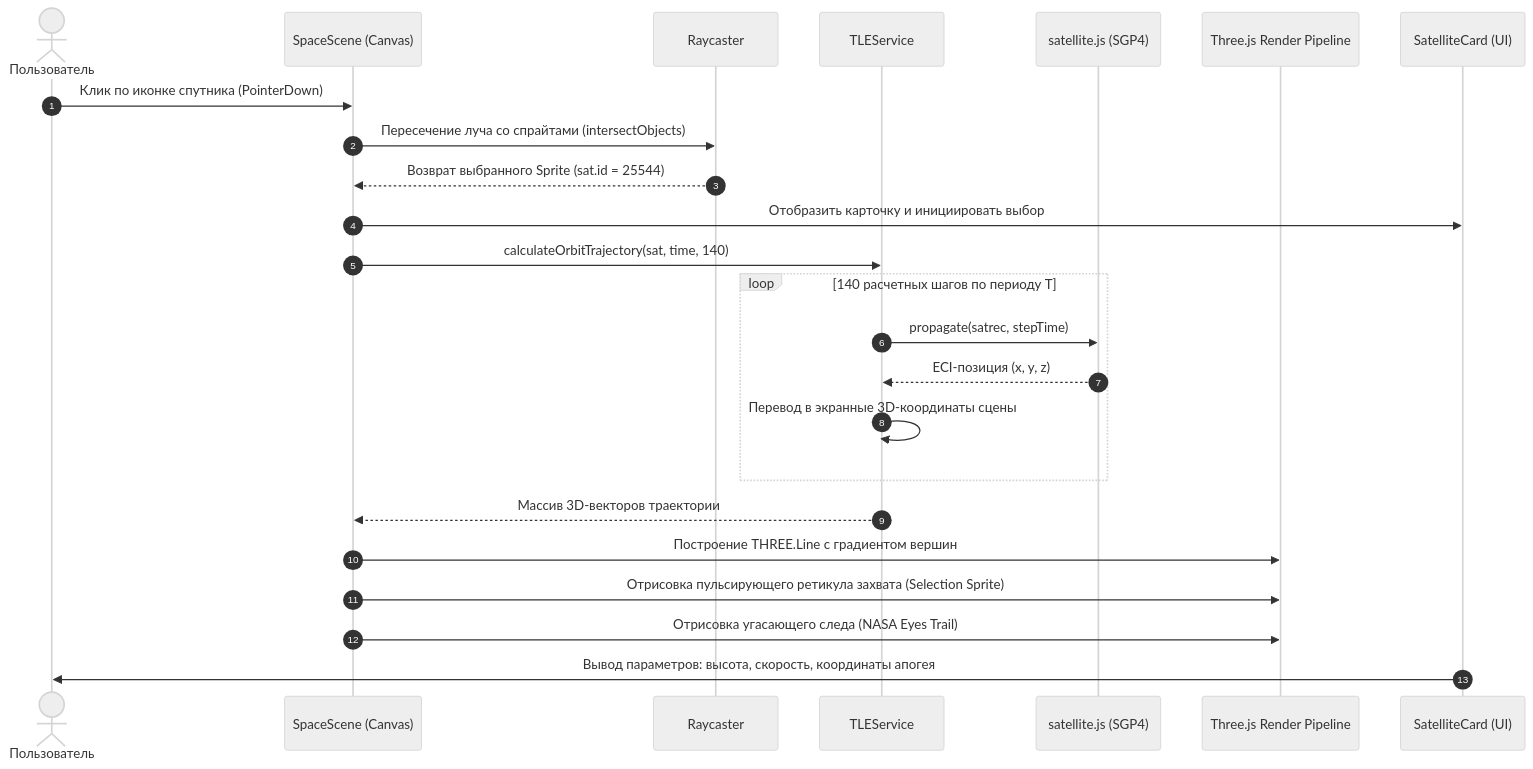
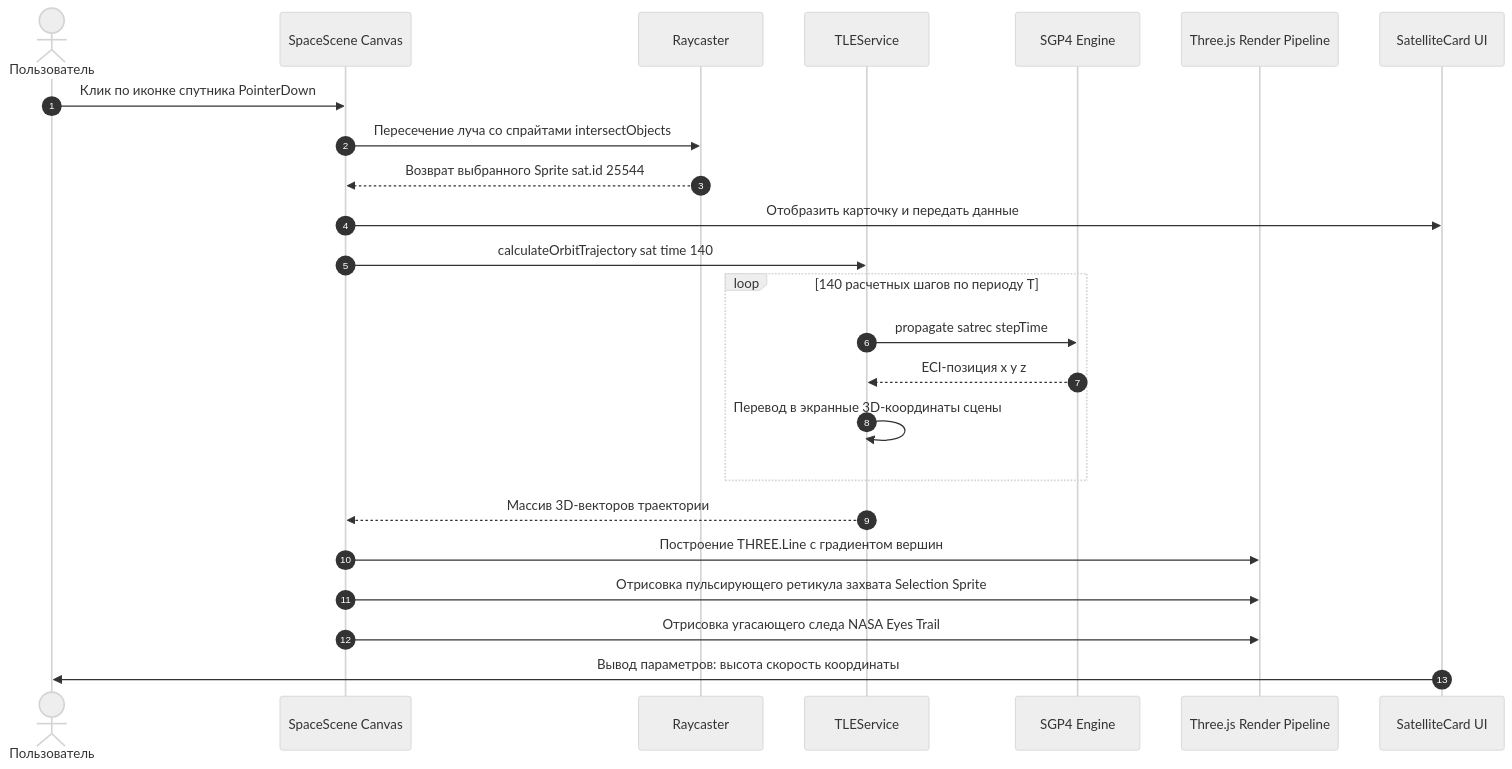
Before and after one commit to ajdan8017-pixel/OrbitWatch: the seventh of 9 diagrams in diagrams-overview.md, drawn with Mermaid (neutral theme). The commit also changed other lines of this file, not shown here.

````diff
--- a/diagrams-overview.md
+++ b/diagrams-overview.md
@@ -282,29 +282,29 @@
 ```mermaid
 sequenceDiagram
     autonumber
     actor User as Пользователь
-    participant UI as SpaceScene (Canvas)
+    participant UI as SpaceScene Canvas
     participant Ray as Raycaster
     participant TLE as TLEService
-    participant Prop as satellite.js (SGP4)
+    participant Prop as SGP4 Engine
     participant Scene as Three.js Render Pipeline
-    participant Card as SatelliteCard (UI)
+    participant Card as SatelliteCard UI
 
-    User->>UI: Клик по иконке спутника (PointerDown)
-    UI->>Ray: Пересечение луча со спрайтами (intersectObjects)
-    Ray-->>UI: Возврат выбранного Sprite (sat.id = 25544)
-    UI->>Card: Отобразить карточку и инициировать выбор
-    UI->>TLE: calculateOrbitTrajectory(sat, time, 140)
+    User->>UI: Клик по иконке спутника PointerDown
+    UI->>Ray: Пересечение луча со спрайтами intersectObjects
+    Ray-->>UI: Возврат выбранного Sprite sat.id 25544
+    UI->>Card: Отобразить карточку и передать данные
+    UI->>TLE: calculateOrbitTrajectory sat time 140
     
     loop 140 расчетных шагов по периоду T
-        TLE->>Prop: propagate(satrec, stepTime)
-        Prop-->>TLE: ECI-позиция (x, y, z)
+        TLE->>Prop: propagate satrec stepTime
+        Prop-->>TLE: ECI-позиция x y z
         TLE->>TLE: Перевод в экранные 3D-координаты сцены
     end
     
     TLE-->>UI: Массив 3D-векторов траектории
     UI->>Scene: Построение THREE.Line с градиентом вершин
-    UI->>Scene: Отрисовка пульсирующего ретикула захвата (Selection Sprite)
-    UI->>Scene: Отрисовка угасающего следа (NASA Eyes Trail)
-    Card->>User: Вывод параметров: высота, скорость, координаты апогея
+    UI->>Scene: Отрисовка пульсирующего ретикула захвата Selection Sprite
+    UI->>Scene: Отрисовка угасающего следа NASA Eyes Trail
+    Card->>User: Вывод параметров: высота скорость координаты
 ```
````
